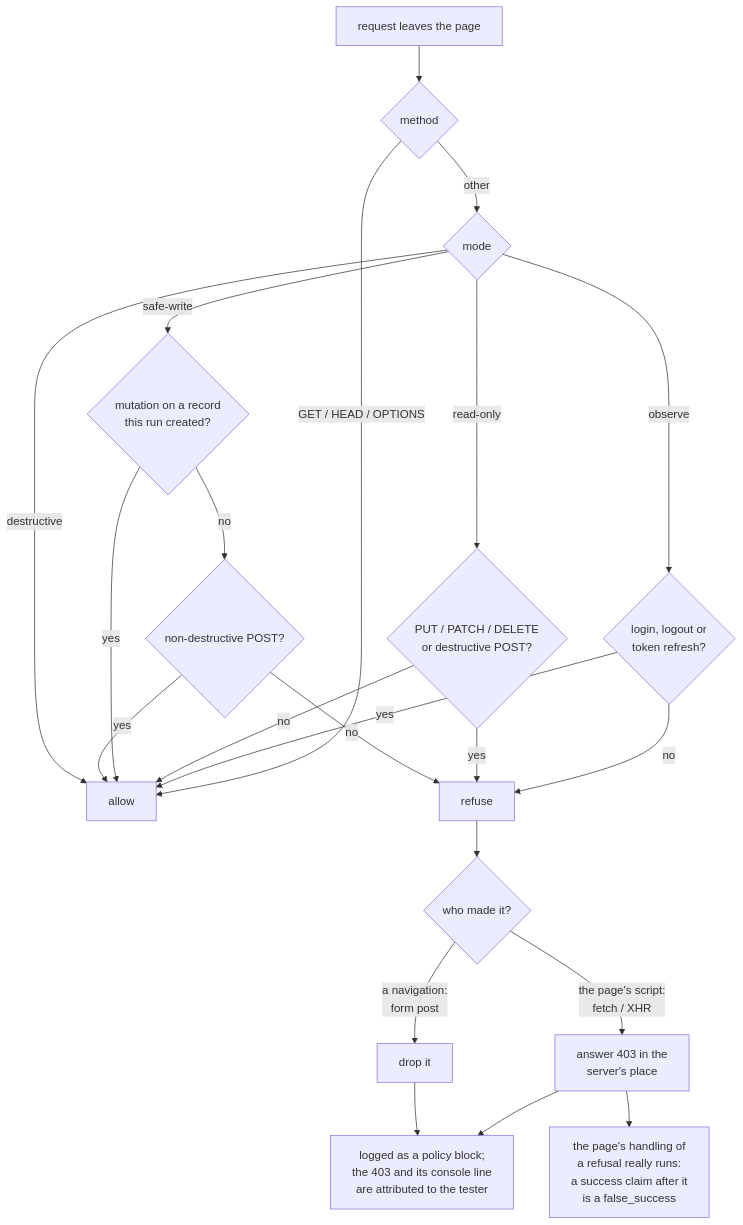
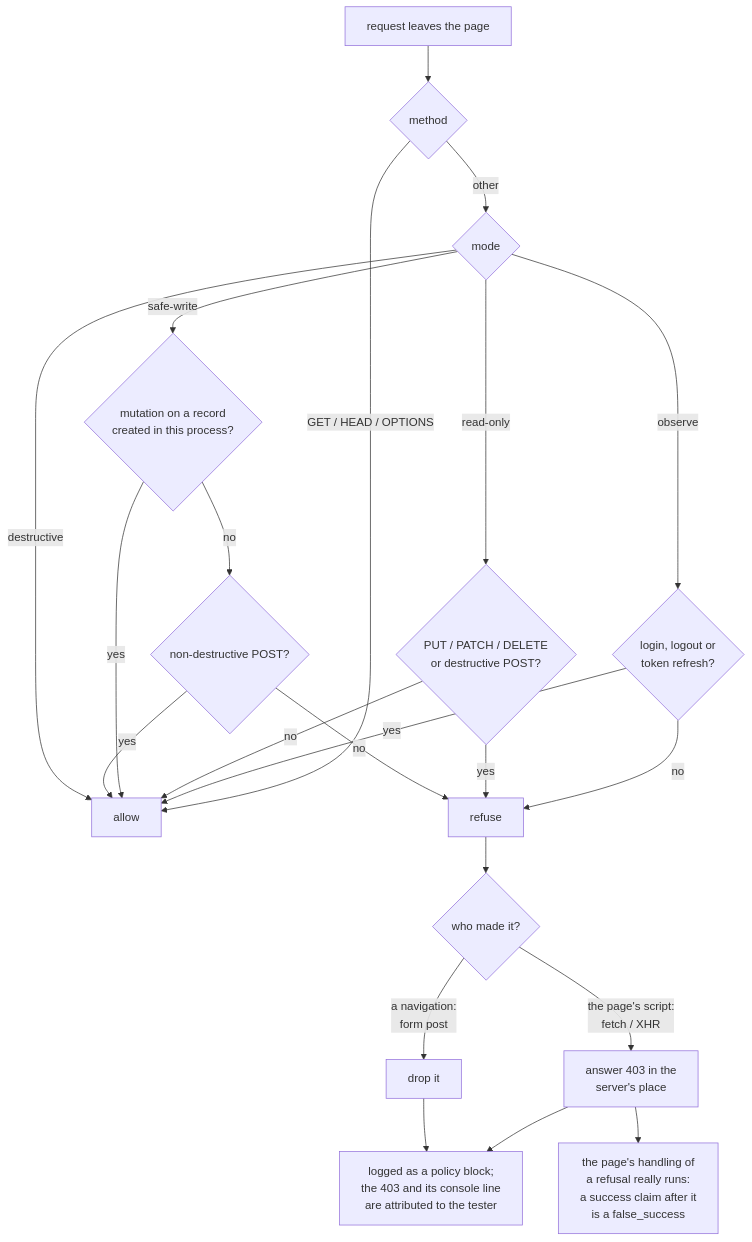
One commit to brunoboto96/SceneScout changed the fourth of 9 diagrams in docs/how-it-works.md. Above: the diagram before and after it, drawn with Mermaid. The commit also changed other lines of this file and 1 other file, not shown here.

First line of the commit message:
Drop an unsourced pace figure and tighten three descriptions

````diff
--- a/docs/how-it-works.md
+++ b/docs/how-it-works.md
@@ -111,24 +111,24 @@
 ```mermaid
 flowchart TD
     A[request leaves the page] --> B{method}
     B -->|GET / HEAD / OPTIONS| P[allow]
     B -->|other| C{mode}
     C -->|observe| D{login, logout or<br/>token refresh?}
     D -->|yes| P
     D -->|no| X[refuse]
     C -->|read-only| E{PUT / PATCH / DELETE<br/>or destructive POST?}
     E -->|yes| X
     E -->|no| P
-    C -->|safe-write| F{mutation on a record<br/>this run created?}
+    C -->|safe-write| F{mutation on a record<br/>created in this process?}
     F -->|yes| P
     F -->|no| G{non-destructive POST?}
     G -->|yes| P
     G -->|no| X
     C -->|destructive| P
     X --> R{who made it?}
     R -->|the page's script:<br/>fetch / XHR| S[answer 403 in the<br/>server's place]
     R -->|a navigation:<br/>form post| T[drop it]
     S --> Y[logged as a policy block;<br/>the 403 and its console line<br/>are attributed to the tester]
     T --> Y
     S --> Z[the page's handling of<br/>a refusal really runs:<br/>a success claim after it<br/>is a false_success]
 ```
````
